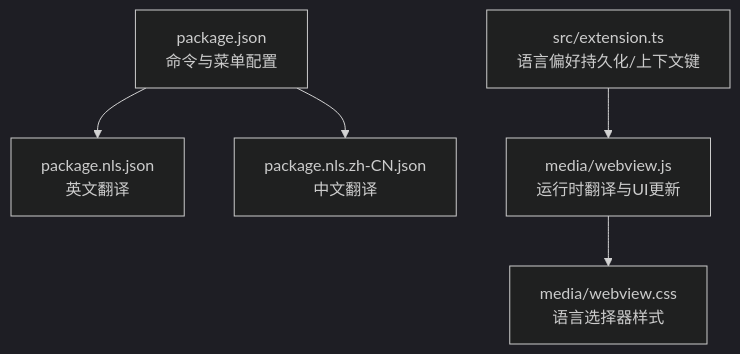
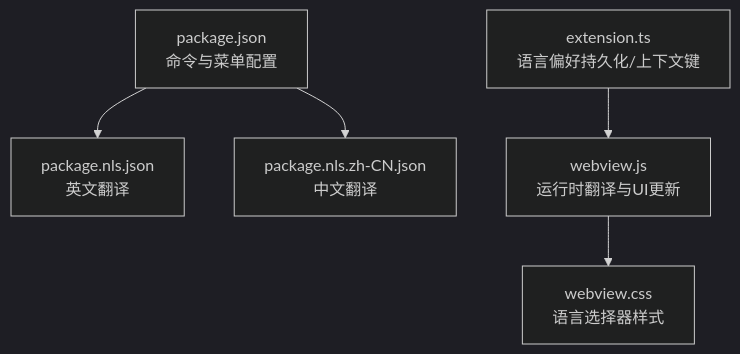
Before and after one commit to meiok1/wysjson: the first of 7 diagrams in .qoder/repowiki/zh/content/Webview 界面系统/国际化支持.md, drawn with Mermaid (dark theme). The commit also changed other lines of this file and 45 other files, not shown here.

````diff
--- a/.qoder/repowiki/zh/content/Webview 界面系统/国际化支持.md
+++ b/.qoder/repowiki/zh/content/Webview 界面系统/国际化支持.md
@@ -41,7 +41,7 @@
 ```mermaid
 graph TB
 A["package.json<br/>命令与菜单配置"] --> B["package.nls.json<br/>英文翻译"]
 A --> C["package.nls.zh-CN.json<br/>中文翻译"]
-D["src/extension.ts<br/>语言偏好持久化/上下文键"] --> E["media/webview.js<br/>运行时翻译与UI更新"]
-E --> F["media/webview.css<br/>语言选择器样式"]
+D["extension.ts<br/>语言偏好持久化/上下文键"] --> E["webview.js<br/>运行时翻译与UI更新"]
+E --> F["webview.css<br/>语言选择器样式"]
 ```
````
